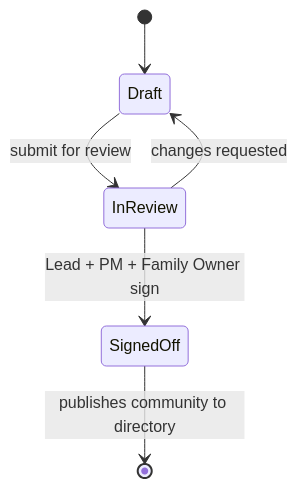
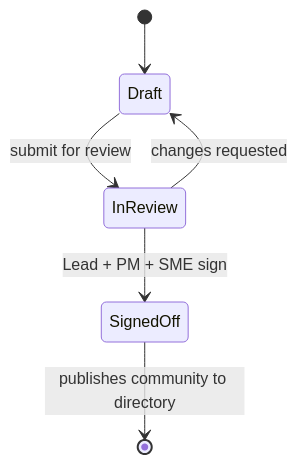
The second of 2 diagrams in docs/specs/02-data-model.md (lefrasso/SSD-Communities), drawn with Mermaid before and after one commit. The commit also changed other lines of this file and 35 other files, not shown here.

````diff
--- a/docs/specs/02-data-model.md
+++ b/docs/specs/02-data-model.md
@@ -79,8 +78,8 @@
 ```mermaid
 stateDiagram-v2
     [*] --> Draft
     Draft --> InReview: submit for review
     InReview --> Draft: changes requested
-    InReview --> SignedOff: Lead + PM + Family Owner sign
+    InReview --> SignedOff: Lead + PM + SME sign
     SignedOff --> [*]: publishes community to directory
 ```
````
